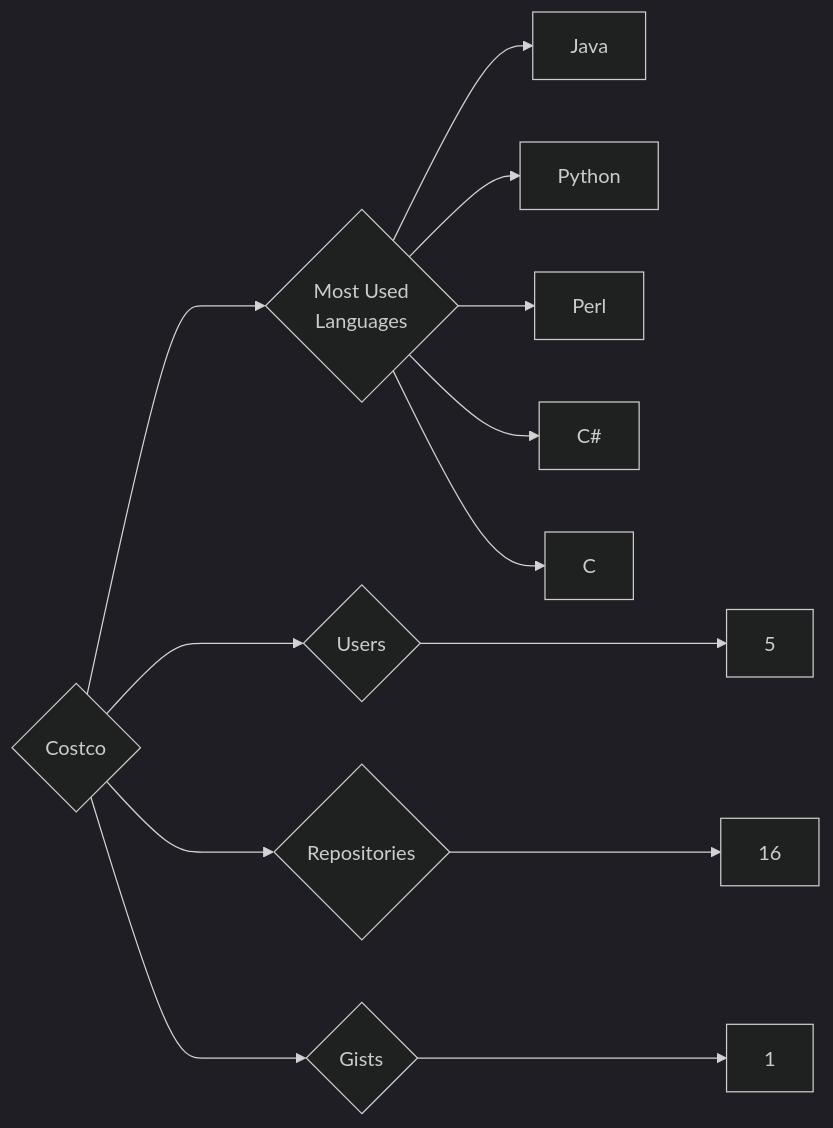
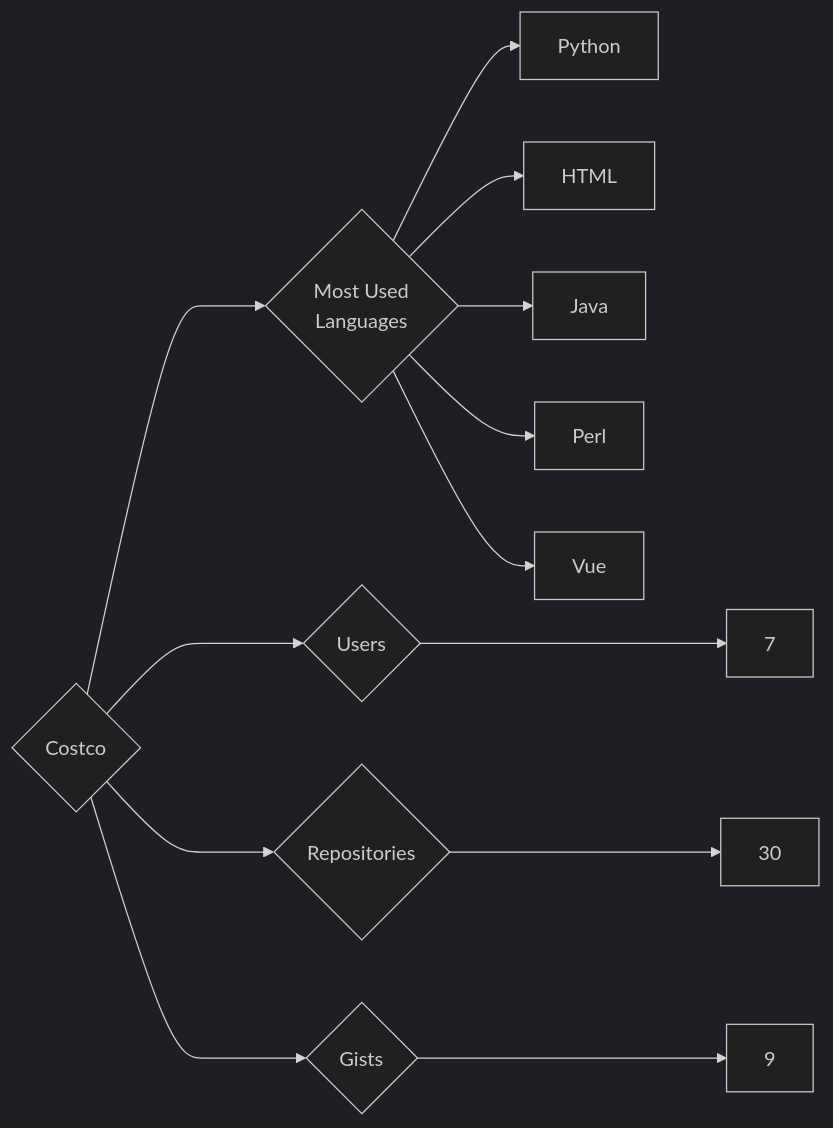
One commit to trickest/insiders changed the diagram in targets/Costco/README.md. Above: the diagram before and after it, drawn with Mermaid (dark theme). The commit also changed 1170 other files, not shown here.

````diff
--- a/targets/Costco/README.md
+++ b/targets/Costco/README.md
@@ -3,13 +3,13 @@
 ```mermaid
 graph LR
 COMPANY_NAME{Costco}
-COMPANY_NAME ---> U{Users} ---> UN[5]
-COMPANY_NAME ---> R{Repositories} ---> RN[16]
-COMPANY_NAME ---> G{Gists} ---> GN[1]
+COMPANY_NAME ---> U{Users} ---> UN[7]
+COMPANY_NAME ---> R{Repositories} ---> RN[30]
+COMPANY_NAME ---> G{Gists} ---> GN[9]
 COMPANY_NAME ---> ML{Most Used<br>Languages}
+ML --> Python[Python]
+ML --> HTML[HTML]
 ML --> Java[Java]
-ML --> Python[Python]
 ML --> Perl[Perl]
-ML --> C#[C#]
-ML --> C[C]
+ML --> Vue[Vue]
 ```
````
